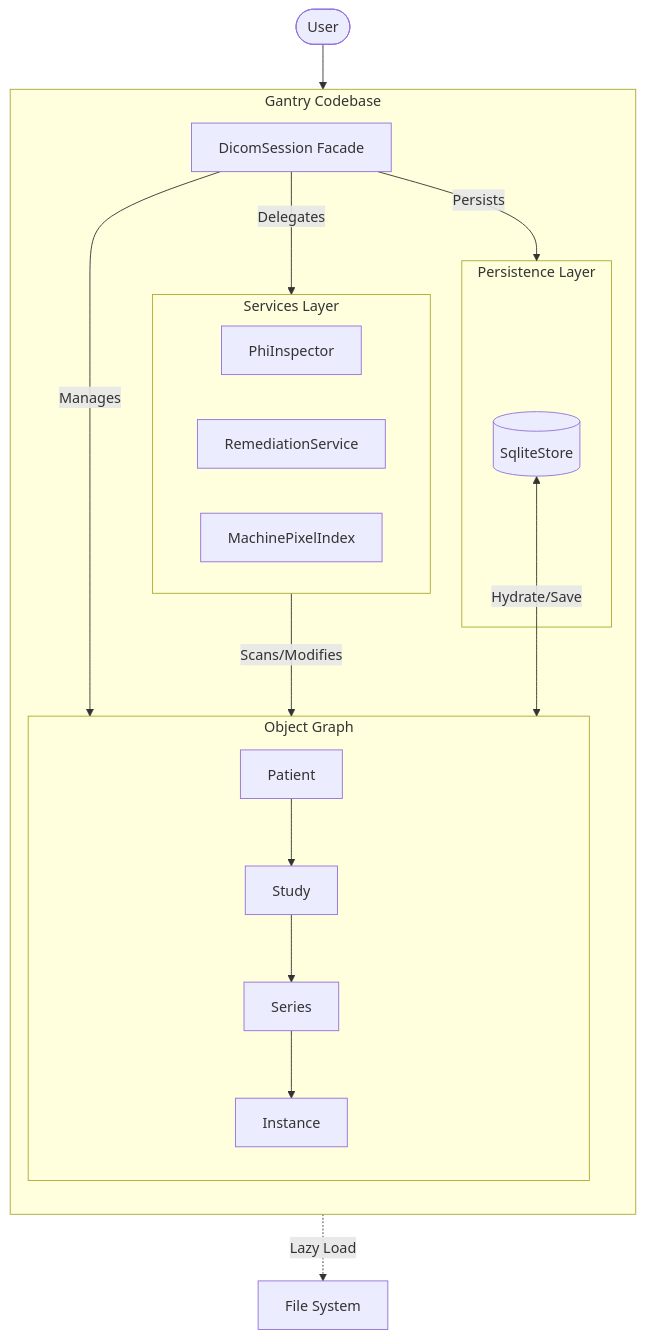
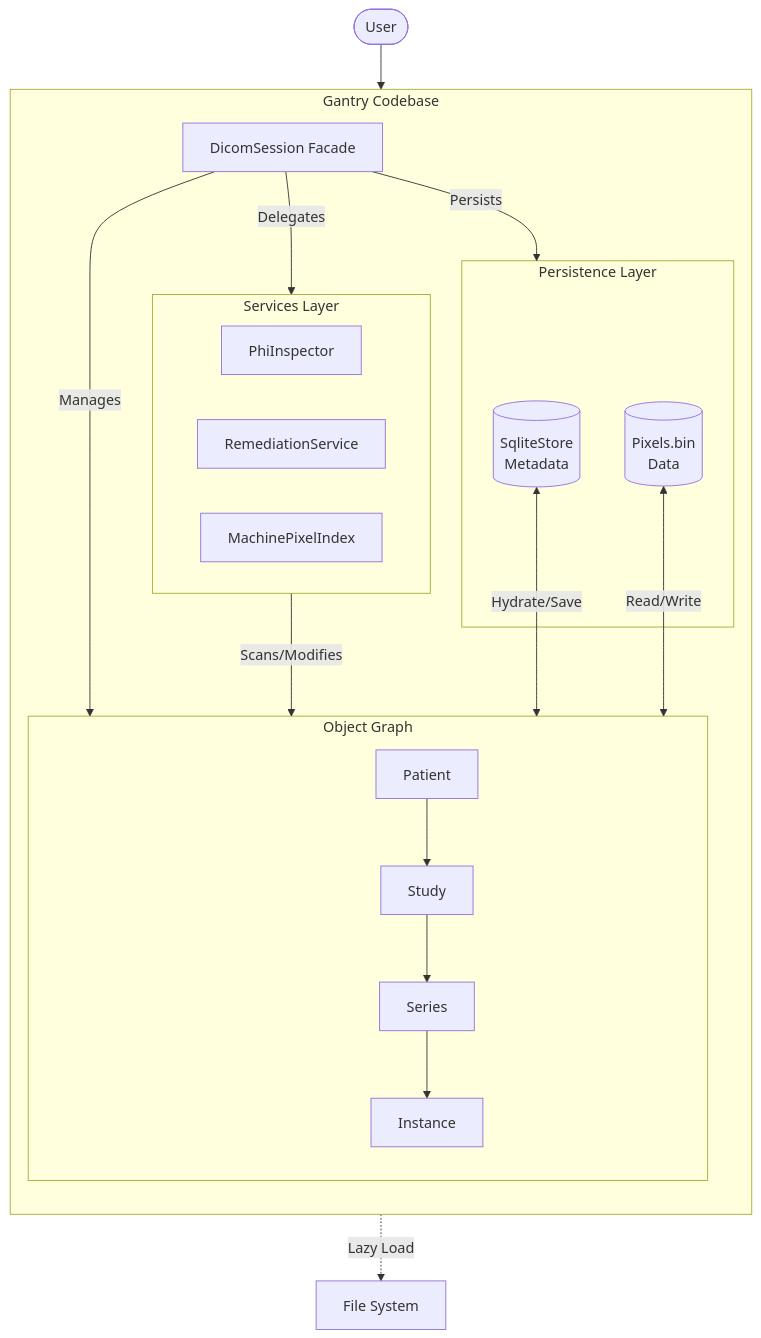
The diagram in README.md (kvnlng/Gantry), drawn with Mermaid before and after one commit. The commit also changed 4 other files, not shown here.

Commit message:
feat: add sidecar persistence for lazy loading of pixel data, storing binary pixel information separately from the main database.

````diff
--- a/README.md
+++ b/README.md
@@ -141,35 +141,37 @@
 ```mermaid
 graph TD
     User([User]) --> Session
     
     subgraph Core [Gantry Codebase]
         direction TB
         Session[DicomSession Facade]
         
         subgraph Logic [Services Layer]
             Privacy[PhiInspector]
             Remediation[RemediationService]
             Indexer[MachinePixelIndex]
         end
 
         subgraph Model [Object Graph]
             Patient --> Study
             Study --> Series
             Series --> Instance
         end
 
         subgraph Storage [Persistence Layer]
-            Sqlite[(SqliteStore)]
+            Sqlite[(SqliteStore<br/>Metadata)]
+            Sidecar[(Pixels.bin<br/>Data)]
         end
     end
 
     FS[File System]
 
     Session -->|Delegates| Logic
     Session -->|Manages| Model
     Session -->|Persists| Storage
     
     Logic -->|Scans/Modifies| Model
     Instance -.->|Lazy Load| FS
     Sqlite <-->|Hydrate/Save| Model
+    Sidecar <-->|Read/Write| Model
 ```
````
